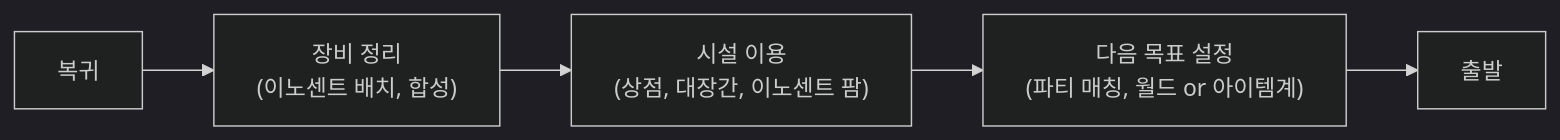
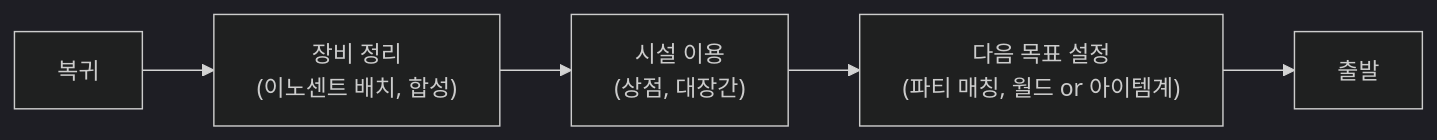
The fourth of 4 diagrams in Documents/Design/Design_CoreLoop_Circulation.md (Biskraft/ProjectAbyss), drawn with Mermaid (dark theme) before and after one commit. The commit also changed other lines of this file and 62 other files, not shown here.

````diff
--- a/Documents/Design/Design_CoreLoop_Circulation.md
+++ b/Documents/Design/Design_CoreLoop_Circulation.md
@@ -150,7 +150,7 @@
 ```mermaid
 graph LR
     H1["복귀"] --> H2["장비 정리<br/>(이노센트 배치, 합성)"]
-    H2 --> H3["시설 이용<br/>(상점, 대장간, 이노센트 팜)"]
+    H2 --> H3["시설 이용<br/>(상점, 대장간)"]
     H3 --> H4["다음 목표 설정<br/>(파티 매칭, 월드 or 아이템계)"]
     H4 --> H5["출발"]
 ```
````
